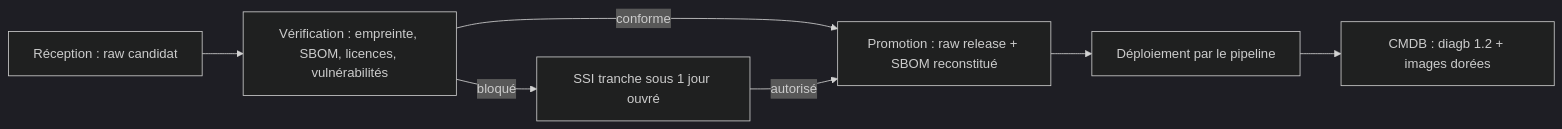
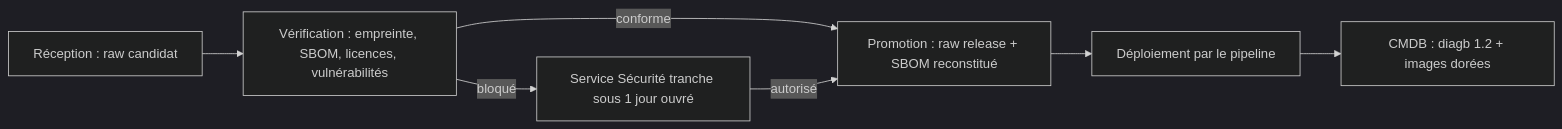
The fifth of 6 diagrams in Docs/nexus/dossier-architecture-nexus.md (logo-solutions/factice), drawn with Mermaid (dark theme) before and after one commit. The commit also changed other lines of this file, not shown here.

Commit message:
Update document to reflect 'Service Sécurité' changes

````diff
--- a/Docs/nexus/dossier-architecture-nexus.md
+++ b/Docs/nexus/dossier-architecture-nexus.md
@@ -393,9 +393,9 @@
 ```mermaid
 flowchart LR
     R1["Réception : raw candidat"] --> R2["Vérification : empreinte, SBOM, licences, vulnérabilités"]
     R2 -->|conforme| R3["Promotion : raw release + SBOM reconstitué"]
-    R2 -->|bloqué| S["SSI tranche sous 1 jour ouvré"]
+    R2 -->|bloqué| S["Service Sécurité tranche sous 1 jour ouvré"]
     S -->|autorisé| R3
     R3 --> R4["Déploiement par le pipeline"]
     R4 --> R5["CMDB : diagb 1.2 + images dorées"]
 ```
````
